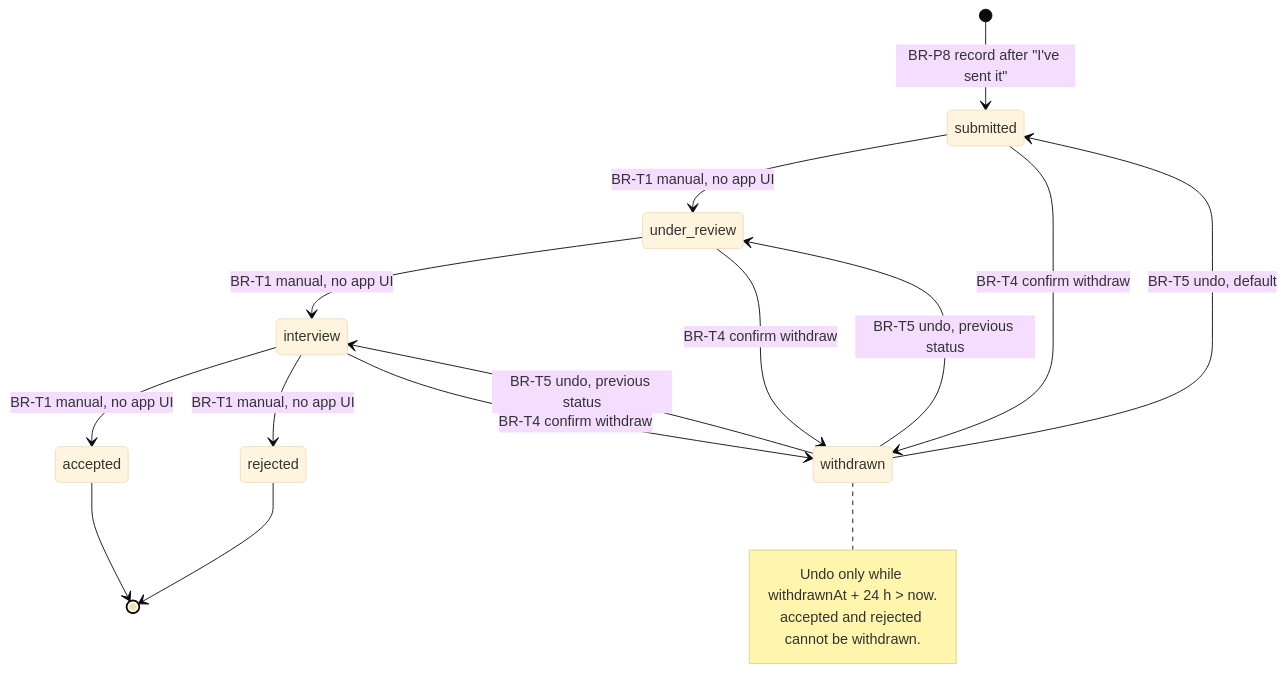
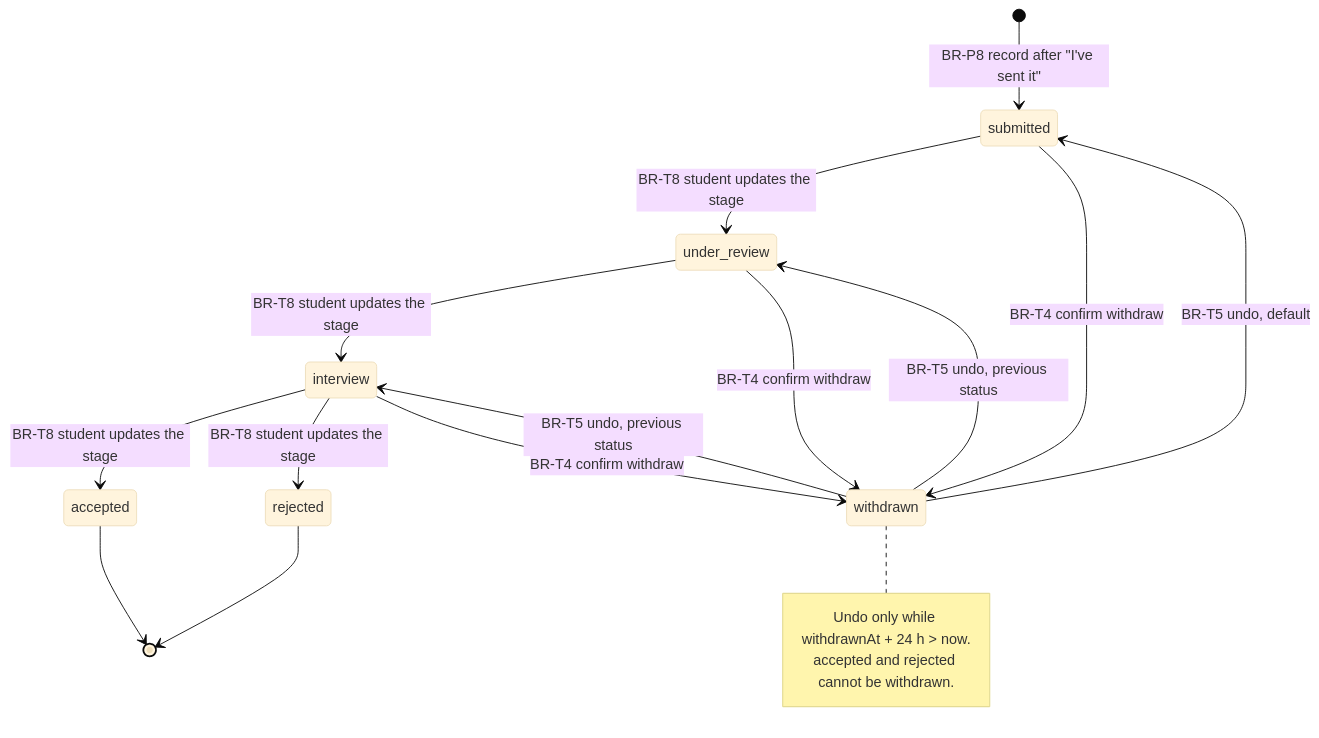
The fifth of 5 diagrams in docs/business-rules.md (lamtailoi2/prm323_lab3), drawn with Mermaid (base theme) before and after one commit. The commit also changed other lines of this file and 17 other files, not shown here.

First line of the commit message:
feat(applications): let the student report the application stage

````diff
--- a/docs/business-rules.md
+++ b/docs/business-rules.md
@@ -283,21 +283,21 @@
 ```mermaid
 stateDiagram-v2
   [*] --> submitted: BR-P8 record after "I've sent it"
-  submitted --> under_review: BR-T1 manual, no app UI
-  under_review --> interview: BR-T1 manual, no app UI
-  interview --> accepted: BR-T1 manual, no app UI
-  interview --> rejected: BR-T1 manual, no app UI
+  submitted --> under_review: BR-T8 student updates the stage
+  under_review --> interview: BR-T8 student updates the stage
+  interview --> accepted: BR-T8 student updates the stage
+  interview --> rejected: BR-T8 student updates the stage
   submitted --> withdrawn: BR-T4 confirm withdraw
   under_review --> withdrawn: BR-T4 confirm withdraw
   interview --> withdrawn: BR-T4 confirm withdraw
   withdrawn --> submitted: BR-T5 undo, default
   withdrawn --> under_review: BR-T5 undo, previous status
   withdrawn --> interview: BR-T5 undo, previous status
   accepted --> [*]
   rejected --> [*]
 
   note right of withdrawn
     Undo only while withdrawnAt + 24 h > now.
     accepted and rejected cannot be withdrawn.
   end note
 ```
````
